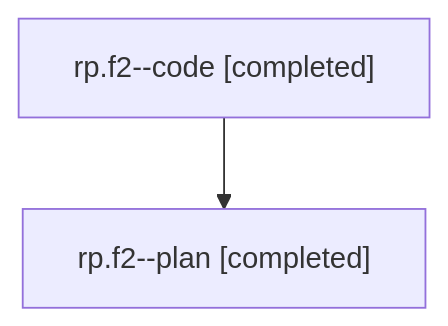
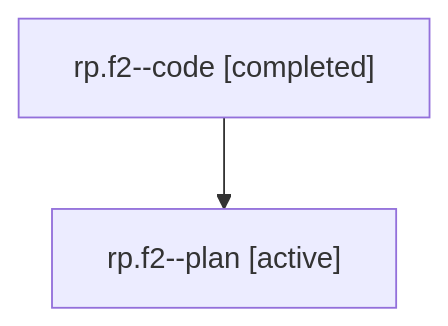
The diagram in families/bbugyi200.athena.rp.f2.md (sase-org/sase--agents), drawn with Mermaid before and after one commit. The commit also changed other lines of this file and 5813 other files, not shown here.

````diff
--- a/families/bbugyi200.athena.rp.f2.md
+++ b/families/bbugyi200.athena.rp.f2.md
@@ -9,6 +9,6 @@
 ```mermaid
 flowchart TD
   n0["rp.f2--code [completed]"]
-  n1["rp.f2--plan [completed]"]
+  n1["rp.f2--plan [active]"]
   n0 --> n1
 ```
````
